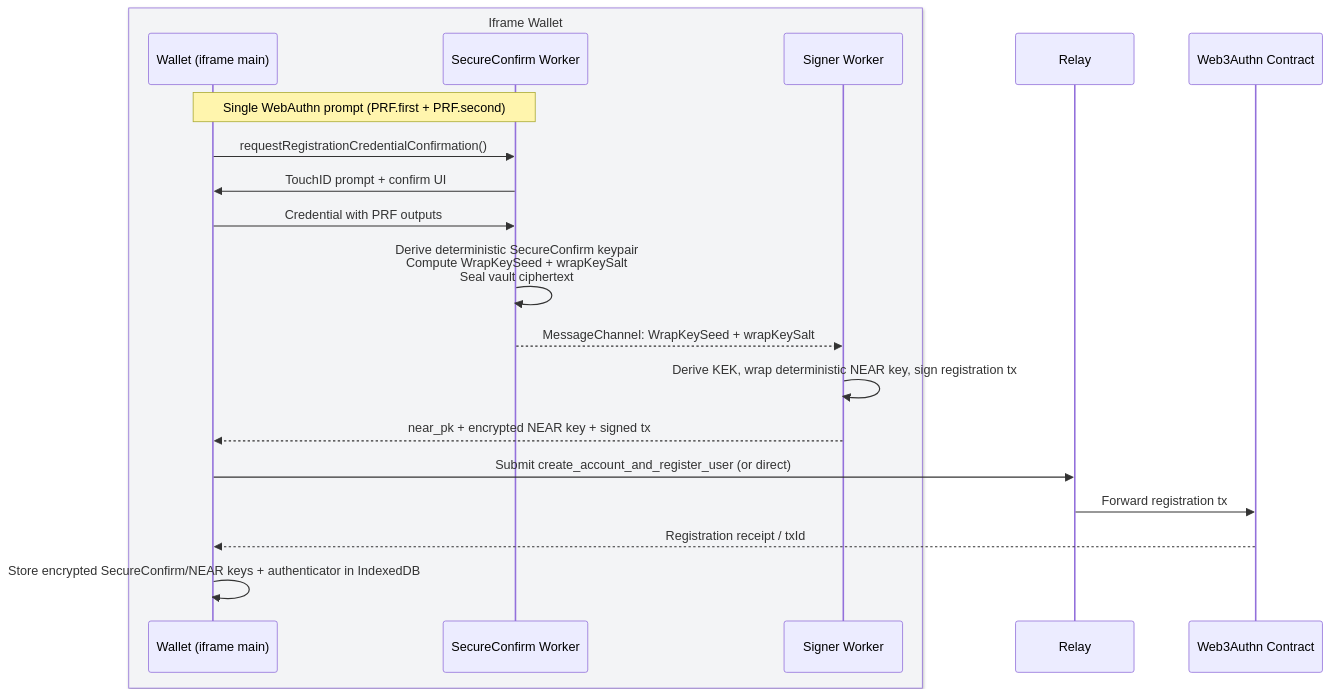
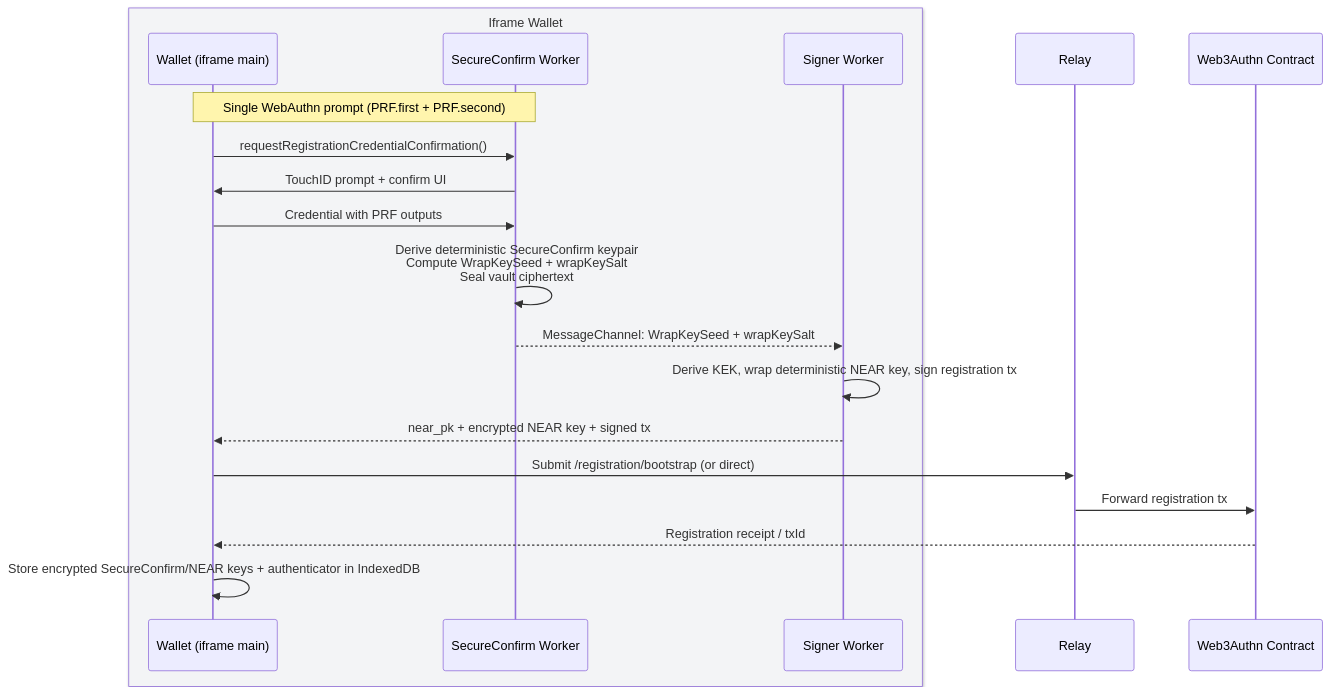
The first of 5 diagrams in examples/tatchi-site/src/docs/concepts/architecture.md (seams-tech/seams-sdk), drawn with Mermaid before and after one commit. The commit also changed 268 other files, not shown here.

````diff
--- a/examples/tatchi-site/src/docs/concepts/architecture.md
+++ b/examples/tatchi-site/src/docs/concepts/architecture.md
@@ -50,23 +50,23 @@
 ```mermaid
 sequenceDiagram
     box rgb(243, 244, 246) Iframe Wallet
     participant UI as Wallet (iframe main)
     participant SecureConfirm as SecureConfirm Worker
     participant Signer as Signer Worker
     end
     participant Relay as Relay
     participant Contract as Web3Authn Contract
 
     Note over UI,SecureConfirm: Single WebAuthn prompt (PRF.first + PRF.second)
     UI->>SecureConfirm: requestRegistrationCredentialConfirmation()
     SecureConfirm->>UI: TouchID prompt + confirm UI
     UI->>SecureConfirm: Credential with PRF outputs
     SecureConfirm->>SecureConfirm: Derive deterministic SecureConfirm keypair<br/>Compute WrapKeySeed + wrapKeySalt<br/>Seal vault ciphertext
     SecureConfirm-->>Signer: MessageChannel: WrapKeySeed + wrapKeySalt
     Signer->>Signer: Derive KEK, wrap deterministic NEAR key, sign registration tx
     Signer-->>UI: near_pk + encrypted NEAR key + signed tx
-    UI->>Relay: Submit create_account_and_register_user (or direct)
+    UI->>Relay: Submit /registration/bootstrap (or direct)
     Relay->>Contract: Forward registration tx
     Contract-->>UI: Registration receipt / txId
     UI->>UI: Store encrypted SecureConfirm/NEAR keys + authenticator in IndexedDB
 ```
````
